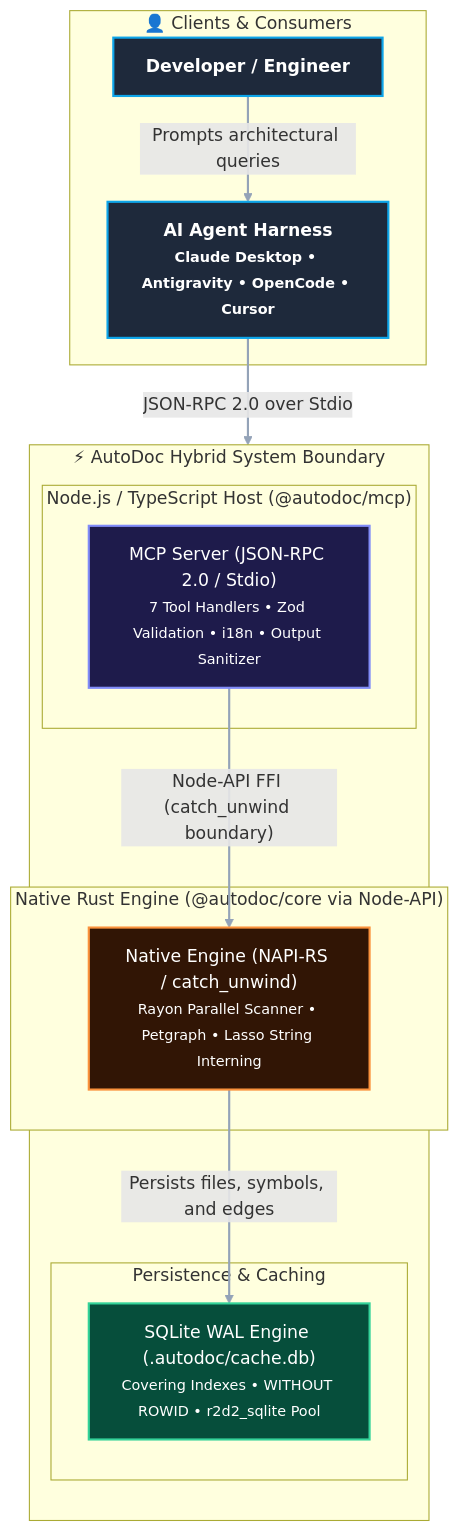
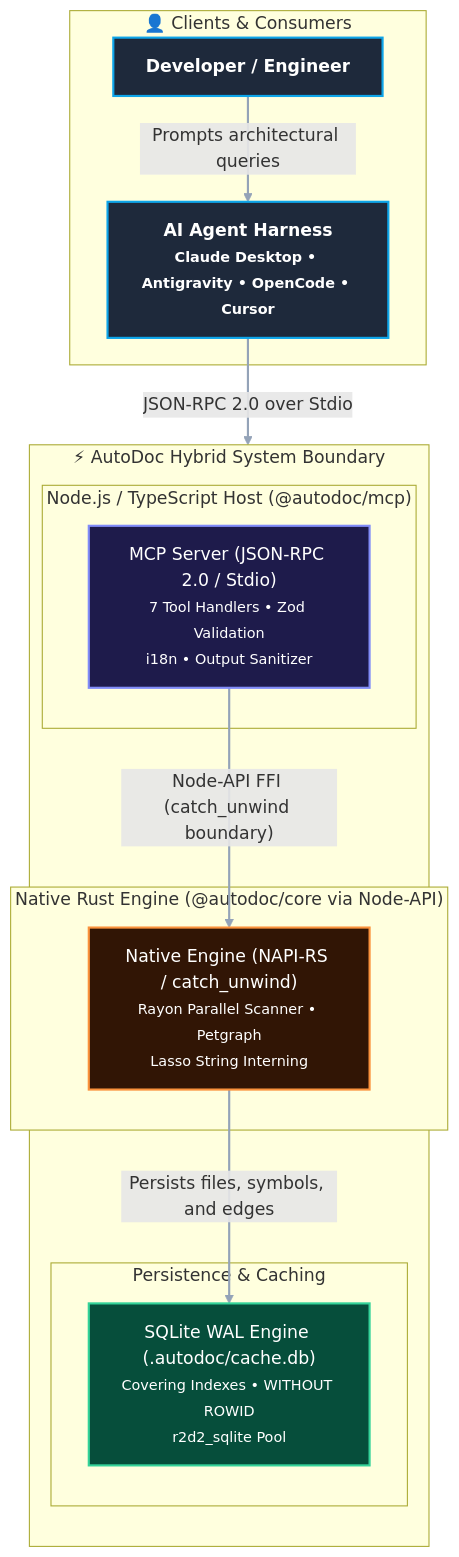
The diagram in docs/reference/architecture.md (dandgabr/autodoc), drawn with Mermaid before and after one commit. The commit also changed 4 other files, not shown here.

Commit message:
feat(diagram-ux): implement automated diagram validator script and plug into agent

````diff
--- a/docs/reference/architecture.md
+++ b/docs/reference/architecture.md
@@ -13,36 +13,36 @@
 ```mermaid
 flowchart TD
     %% High Contrast Styling Definitions
     classDef clientClass fill:#1E293B,stroke:#0EA5E9,stroke-width:2px,color:#FFFFFF,font-weight:bold;
     classDef mcpClass fill:#1E1B4B,stroke:#818CF8,stroke-width:2px,color:#FFFFFF;
     classDef rustClass fill:#311505,stroke:#FB923C,stroke-width:2px,color:#FFFFFF;
     classDef dbClass fill:#064E3B,stroke:#34D399,stroke-width:2px,color:#FFFFFF;
 
     subgraph Clients["👤 Clients & Consumers"]
         Dev["Developer / Engineer"]:::clientClass
         Harness["AI Agent Harness<br/><small>Claude Desktop • Antigravity • OpenCode • Cursor</small>"]:::clientClass
     end
 
     subgraph AutoDocSystem["⚡ AutoDoc Hybrid System Boundary"]
         direction TB
 
         subgraph MCPLayer["Node.js / TypeScript Host (@autodoc/mcp)"]
-            MCPServer["MCP Server (JSON-RPC 2.0 / Stdio)<br/><small>7 Tool Handlers • Zod Validation • i18n • Output Sanitizer</small>"]:::mcpClass
+            MCPServer["MCP Server (JSON-RPC 2.0 / Stdio)<br/><small>7 Tool Handlers • Zod Validation<br/>i18n • Output Sanitizer</small>"]:::mcpClass
         end
 
         subgraph CoreLayer["Native Rust Engine (@autodoc/core via Node-API)"]
-            NativeCore["Native Engine (NAPI-RS / catch_unwind)<br/><small>Rayon Parallel Scanner • Petgraph • Lasso String Interning</small>"]:::rustClass
+            NativeCore["Native Engine (NAPI-RS / catch_unwind)<br/><small>Rayon Parallel Scanner • Petgraph<br/>Lasso String Interning</small>"]:::rustClass
         end
 
         subgraph StorageLayer["Persistence & Caching"]
-            Storage["SQLite WAL Engine (.autodoc/cache.db)<br/><small>Covering Indexes • WITHOUT ROWID • r2d2_sqlite Pool</small>"]:::dbClass
+            Storage["SQLite WAL Engine (.autodoc/cache.db)<br/><small>Covering Indexes • WITHOUT ROWID<br/>r2d2_sqlite Pool</small>"]:::dbClass
         end
     end
 
     Dev -->|"Prompts architectural queries"| Harness
     Harness -->|"JSON-RPC 2.0 over Stdio"| MCPServer
     MCPServer -->|"Node-API FFI (catch_unwind boundary)"| NativeCore
     NativeCore -->|"Persists files, symbols, and edges"| Storage
 
     linkStyle default stroke:#94A3B8,stroke-width:2px;
 ```
````
